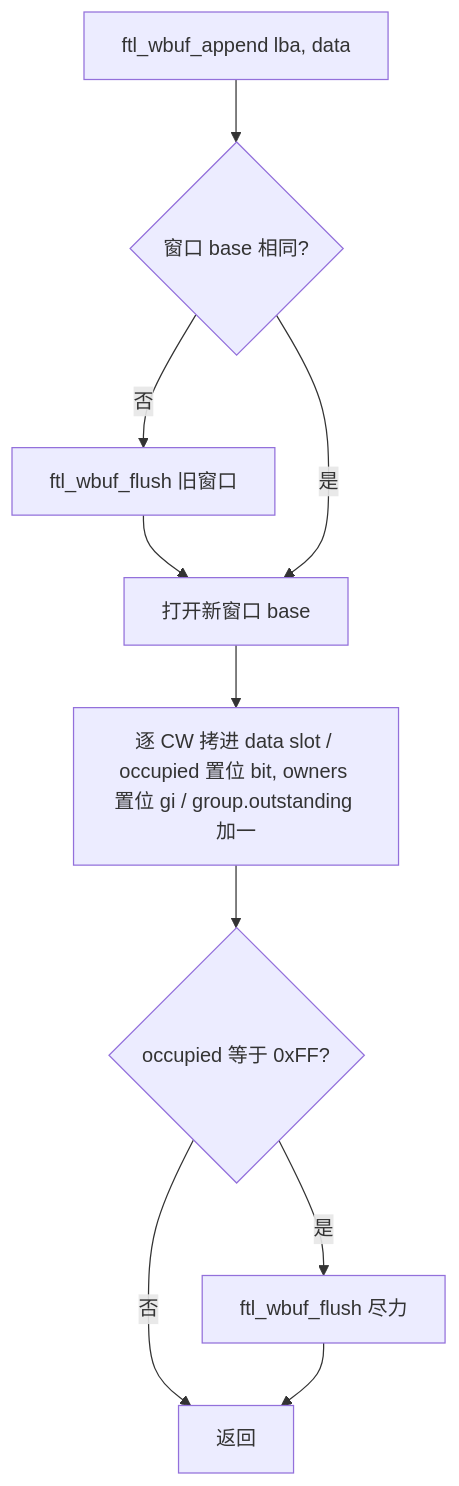
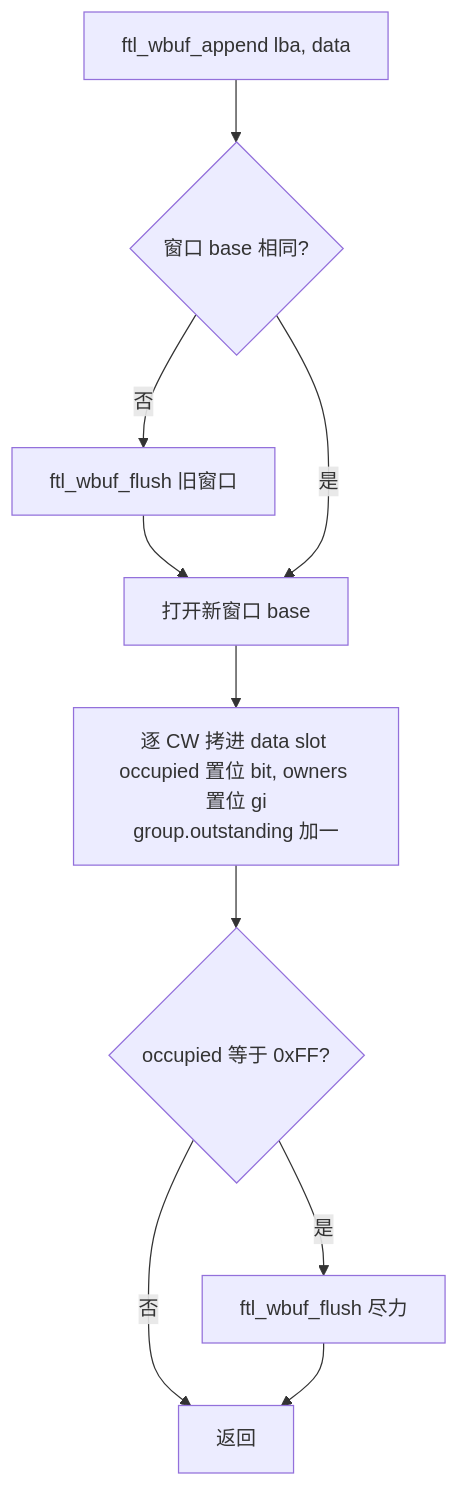
Before and after one commit to YzYMIAO/BASESSD: diagram 15 of 28 in docs/design/ftl_design.md, drawn with Mermaid. The commit also changed other lines of this file, not shown here.

First line of the commit message:
docs(ftl): 恢复 <br/>、清理 stateDiagram 标签

````diff
--- a/docs/design/ftl_design.md
+++ b/docs/design/ftl_design.md
@@ -2239,12 +2239,12 @@
 ```mermaid
 flowchart TD
     A["ftl_wbuf_append lba, data"] --> B{"窗口 base 相同?"}
     B -- "否" --> C["ftl_wbuf_flush 旧窗口"]
     C --> D["打开新窗口 base"]
     B -- "是" --> D
-    D --> E["逐 CW 拷进 data slot / occupied 置位 bit, owners 置位 gi / group.outstanding 加一"]
+    D --> E["逐 CW 拷进 data slot <br/>occupied 置位 bit, owners 置位 gi<br/>group.outstanding 加一"]
     E --> F{"occupied 等于 0xFF?"}
     F -- "是" --> G["ftl_wbuf_flush 尽力"]
     F -- "否" --> H["返回"]
     G --> H
 ```
````
